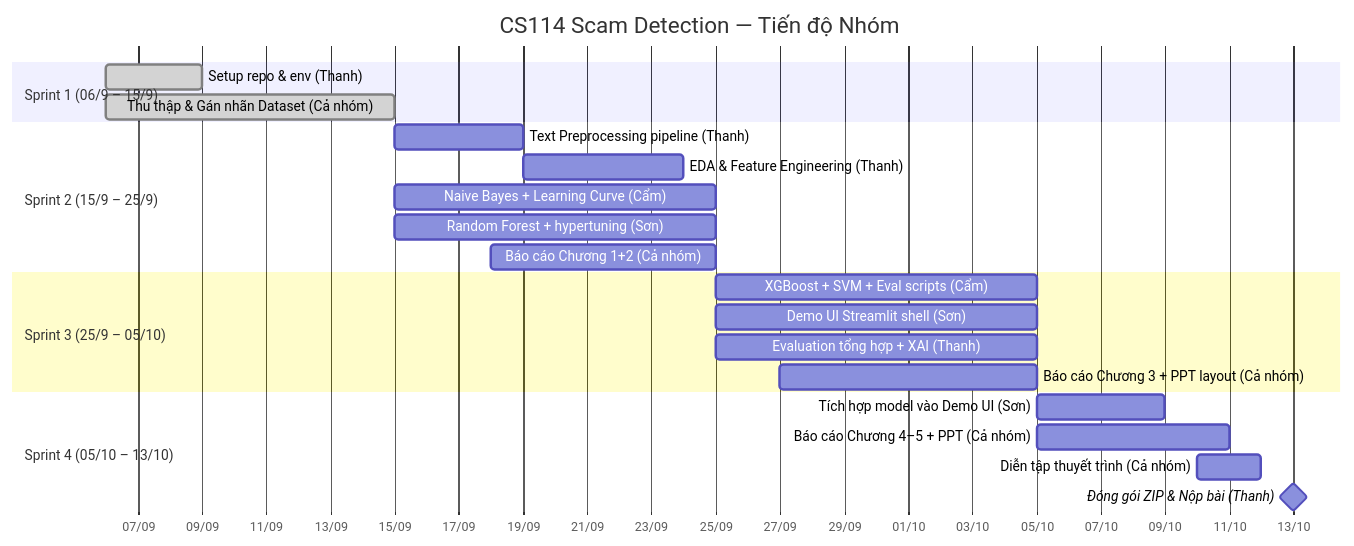
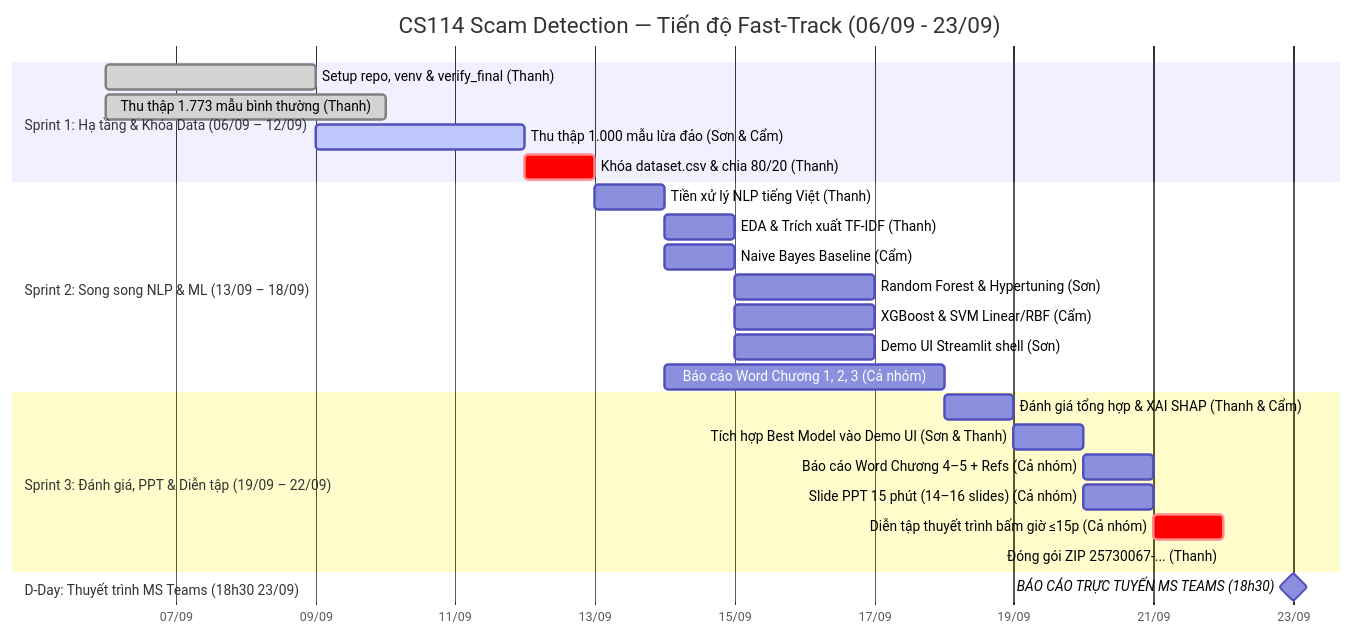
Before and after one commit to uit-25730067-chithanh/CS114-Team10-Elderly-Scam-Detection: the diagram in draft/scam-detection/docs/project-roadmap.md, drawn with Mermaid. The commit also changed other lines of this file and 19 other files, not shown here.

````diff
--- a/draft/scam-detection/docs/project-roadmap.md
+++ b/draft/scam-detection/docs/project-roadmap.md
@@ -13,30 +14,33 @@
 ```mermaid
 gantt
-    title CS114 Scam Detection — Tiến độ Nhóm
+    title CS114 Scam Detection — Tiến độ Fast-Track (06/09 - 23/09)
     dateFormat  YYYY-MM-DD
     axisFormat  %d/%m
-    tickInterval 1w
+    tickInterval 2d
 
-    section Sprint 1 (06/9 – 15/9)
-    Setup repo & env (Thanh)               :done, s1_1, 2026-09-06, 2026-09-09
-    Thu thập & Gán nhãn Dataset (Cả nhóm)  :done, s1_2, 2026-09-06, 2026-09-15
+    section Sprint 1: Hạ tầng & Khóa Data (06/09 – 12/09)
+    Setup repo, venv & verify_final (Thanh)        :done, s1_1, 2026-09-06, 2026-09-09
+    Thu thập 1.773 mẫu bình thường (Thanh)         :done, s1_2, 2026-09-06, 2026-09-10
+    Thu thập 1.000 mẫu lừa đảo (Sơn & Cẩm)         :active, s1_3, 2026-09-09, 2026-09-12
+    Khóa dataset.csv & chia 80/20 (Thanh)          :crit, s1_4, 2026-09-12, 1d
 
-    section Sprint 2 (15/9 – 25/9)
-    Text Preprocessing pipeline (Thanh)    :s2_1, 2026-09-15, 4d
-    EDA & Feature Engineering (Thanh)      :s2_2, 2026-09-19, 5d
-    Naive Bayes + Learning Curve (Cẩm)     :s2_3, 2026-09-15, 10d
-    Random Forest + hypertuning (Sơn)      :s2_4, 2026-09-15, 10d
-    Báo cáo Chương 1+2 (Cả nhóm)          :s2_5, 2026-09-18, 7d
+    section Sprint 2: Song song NLP & ML (13/09 – 18/09)
+    Tiền xử lý NLP tiếng Việt (Thanh)              :s2_1, 2026-09-13, 2026-09-14
+    EDA & Trích xuất TF-IDF (Thanh)                :s2_2, 2026-09-14, 2026-09-15
+    Naive Bayes Baseline (Cẩm)                     :s2_3, 2026-09-14, 2026-09-15
+    Random Forest & Hypertuning (Sơn)              :s2_4, 2026-09-15, 2026-09-17
+    XGBoost & SVM Linear/RBF (Cẩm)                 :s2_5, 2026-09-15, 2026-09-17
+    Demo UI Streamlit shell (Sơn)                  :s2_6, 2026-09-15, 2026-09-17
+    Báo cáo Word Chương 1, 2, 3 (Cả nhóm)          :s2_7, 2026-09-14, 2026-09-18
 
-    section Sprint 3 (25/9 – 05/10)
-    XGBoost + SVM + Eval scripts (Cẩm)    :s3_1, 2026-09-25, 10d
-    Demo UI Streamlit shell (Sơn)          :s3_2, 2026-09-25, 10d
-    Evaluation tổng hợp + XAI (Thanh)     :s3_3, 2026-09-25, 10d
-    Báo cáo Chương 3 + PPT layout (Cả nhóm) :s3_4, 2026-09-27, 8d
+    section Sprint 3: Đánh giá, PPT & Diễn tập (19/09 – 22/09)
+    Đánh giá tổng hợp & XAI SHAP (Thanh & Cẩm)     :s3_1, 2026-09-18, 2026-09-19
+    Tích hợp Best Model vào Demo UI (Sơn & Thanh)  :s3_2, 2026-09-19, 2026-09-20
+    Báo cáo Word Chương 4–5 + Refs (Cả nhóm)       :s3_3, 2026-09-20, 2026-09-21
+    Slide PPT 15 phút (14–16 slides) (Cả nhóm)     :s3_4, 2026-09-20, 2026-09-21
+    Diễn tập thuyết trình bấm giờ ≤15p (Cả nhóm)   :crit, s3_5, 2026-09-21, 2026-09-22
+    Đóng gói ZIP 25730067-... (Thanh)              :s3_6, 2026-09-22, 2026-09-22
 
-    section Sprint 4 (05/10 – 13/10)
-    Tích hợp model vào Demo UI (Sơn)       :s4_1, 2026-10-05, 4d
-    Báo cáo Chương 4–5 + PPT (Cả nhóm)    :s4_2, 2026-10-05, 6d
-    Diễn tập thuyết trình (Cả nhóm)        :s4_3, 2026-10-10, 2d
-    Đóng gói ZIP & Nộp bài (Thanh)         :milestone, s4_4, 2026-10-13, 0d
+    section D-Day: Thuyết trình MS Teams (18h30 23/09)
+    BÁO CÁO TRỰC TUYẾN MS TEAMS (18h30)            :milestone, s3_7, 2026-09-23, 0d
 ```
````
